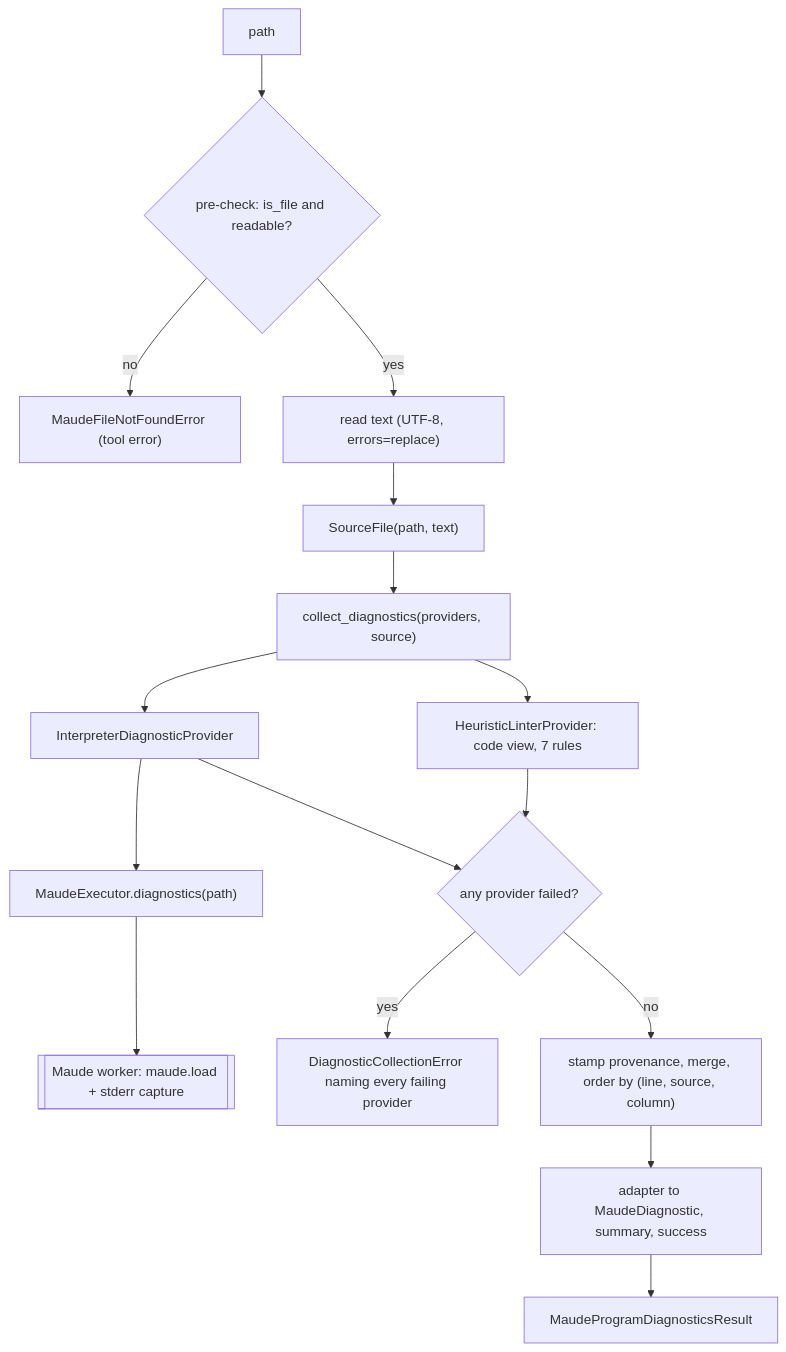
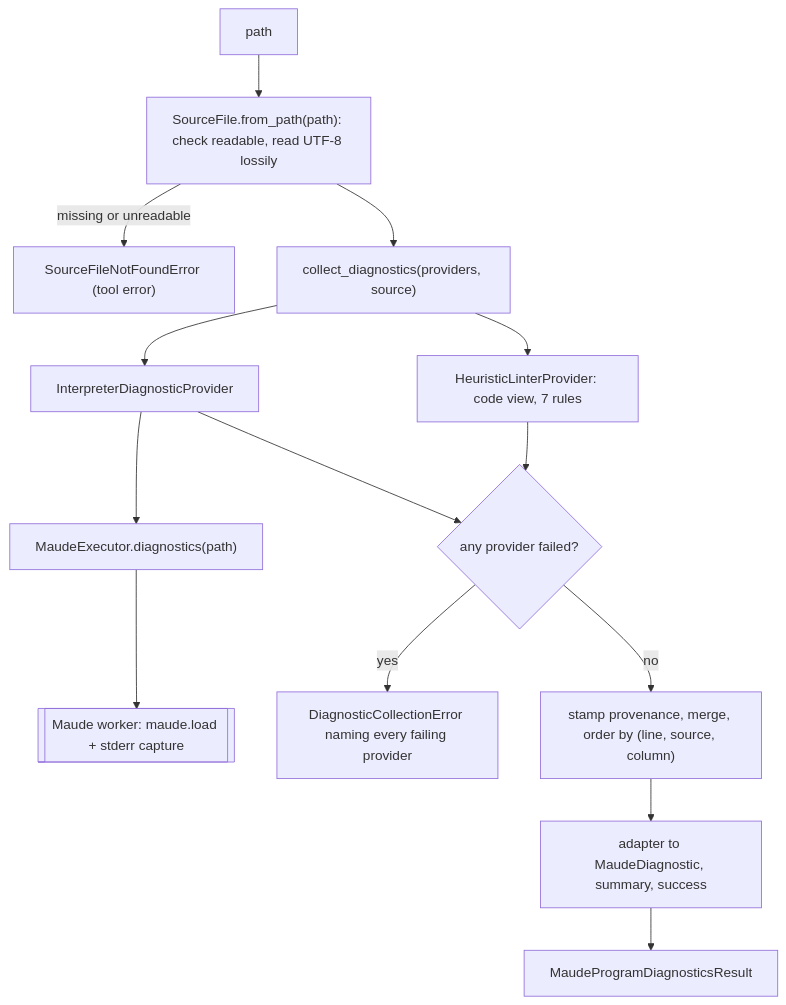
The first of 4 diagrams in harold-mcp/.agents/planning/port-linter.py/design/detailed-design.md (demiourgoi/Harold), drawn with Mermaid before and after one commit. The commit also changed other lines of this file and 3 other files, not shown here.

````diff
--- a/harold-mcp/.agents/planning/port-linter.py/design/detailed-design.md
+++ b/harold-mcp/.agents/planning/port-linter.py/design/detailed-design.md
@@ -86,18 +86,16 @@
 ```mermaid
 flowchart TB
-    P["path"] --> C{"pre-check: is_file and readable?"}
-    C -->|no| E1["MaudeFileNotFoundError (tool error)"]
-    C -->|yes| R["read text (UTF-8, errors=replace)"]
-    R --> SF["SourceFile(path, text)"]
+    P["path"] --> SF["SourceFile.from_path(path): check readable, read UTF-8 lossily"]
+    SF -->|missing or unreadable| E1["SourceFileNotFoundError (tool error)"]
     SF --> A["collect_diagnostics(providers, source)"]
     A --> HP["HeuristicLinterProvider: code view, 7 rules"]
     A --> IP["InterpreterDiagnosticProvider"]
     IP --> EX["MaudeExecutor.diagnostics(path)"]
     EX --> WK[["Maude worker: maude.load + stderr capture"]]
     HP --> M{"any provider failed?"}
     IP --> M
     M -->|yes| E2["DiagnosticCollectionError naming every failing provider"]
     M -->|no| MERGE["stamp provenance, merge, order by (line, source, column)"]
     MERGE --> MAP["adapter to MaudeDiagnostic, summary, success"]
     MAP --> OUT["MaudeProgramDiagnosticsResult"]
 ```
````
